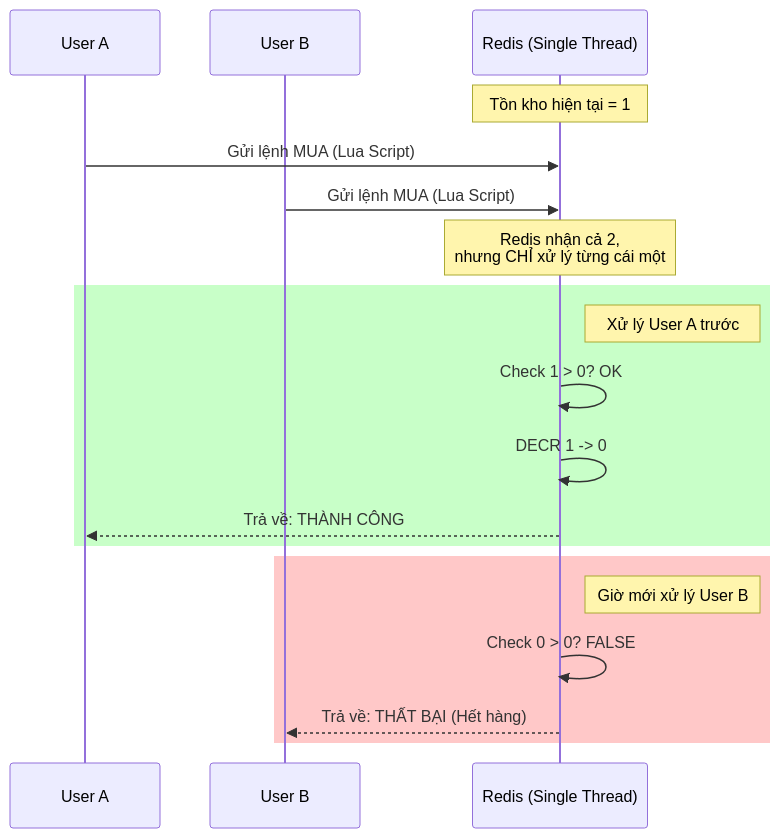
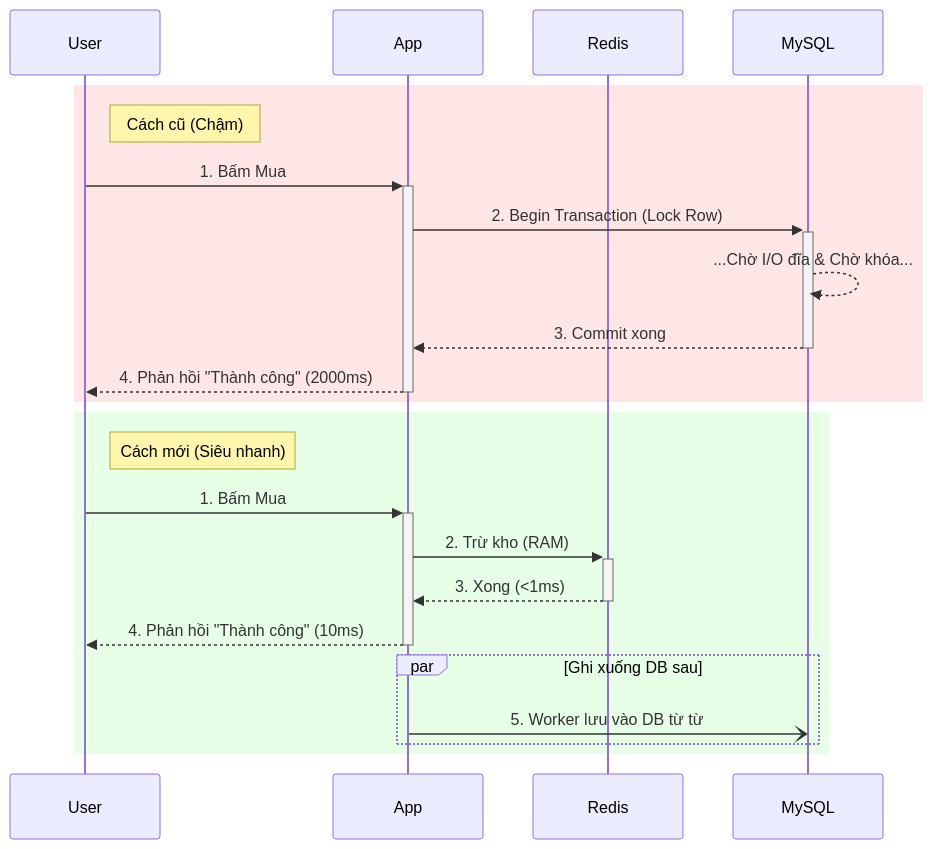
Before and after one commit to ducthanhnguyen95/thanhnd_task2: the second of 3 diagrams in README.md, drawn with Mermaid.

Commit message:
Update process diagram

````diff
--- a/README.md
+++ b/README.md
@@ -144,26 +144,27 @@
 ```mermaid
 sequenceDiagram
-    participant UserA as User A
-    participant UserB as User B
-    participant Redis as Redis (Single Thread)
+    participant User
+    participant App
+    participant Redis
+    participant MySQL
     
-    Note over Redis: Tồn kho hiện tại = 1
-    
-    UserA->>Redis: Gửi lệnh MUA (Lua Script)
-    UserB->>Redis: Gửi lệnh MUA (Lua Script)
-    
-    Note over Redis: Redis nhận cả 2,<br/>nhưng CHỈ xử lý từng cái một
-    
-    rect rgb(200, 255, 200)
-        Note right of Redis: Xử lý User A trước
-        Redis->>Redis: Check 1 > 0? OK
-        Redis->>Redis: DECR 1 -> 0
-        Redis-->>UserA: Trả về: THÀNH CÔNG
+    rect rgb(255, 230, 230)
+        note right of User: Cách cũ (Chậm)
+        User->>+App: 1. Bấm Mua
+        App->>+MySQL: 2. Begin Transaction (Lock Row)
+        MySQL-->>MySQL: ...Chờ I/O đĩa & Chờ khóa...
+        MySQL-->>-App: 3. Commit xong
+        App-->>-User: 4. Phản hồi "Thành công" (2000ms)
     end
     
-    rect rgb(255, 200, 200)
-        Note right of Redis: Giờ mới xử lý User B
-        Redis->>Redis: Check 0 > 0? FALSE
-        Redis-->>UserB: Trả về: THẤT BẠI (Hết hàng)
+    rect rgb(230, 255, 230)
+        note right of User: Cách mới (Siêu nhanh)
+        User->>+App: 1. Bấm Mua
+        App->>+Redis: 2. Trừ kho (RAM)
+        Redis-->>-App: 3. Xong (<1ms)
+        App-->>-User: 4. Phản hồi "Thành công" (10ms)
+        par Ghi xuống DB sau
+            App-)MySQL: 5. Worker lưu vào DB từ từ
+        end
     end
 ```
````
